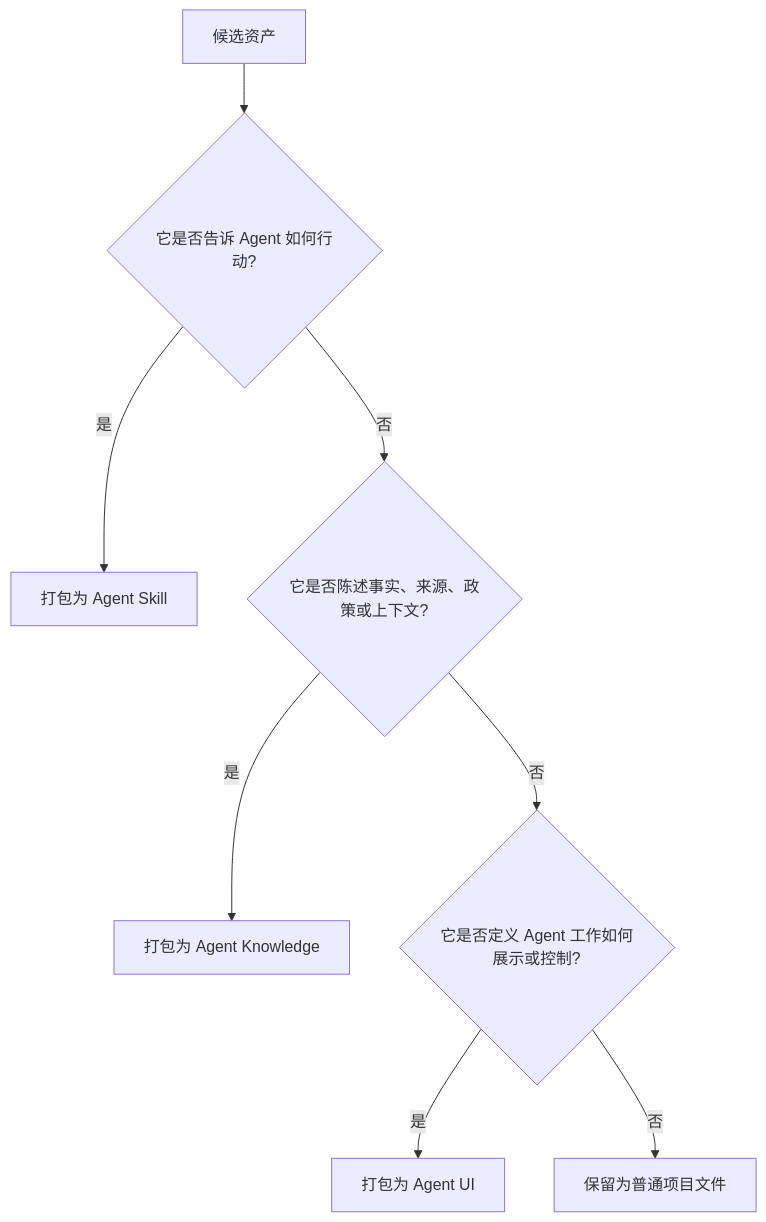
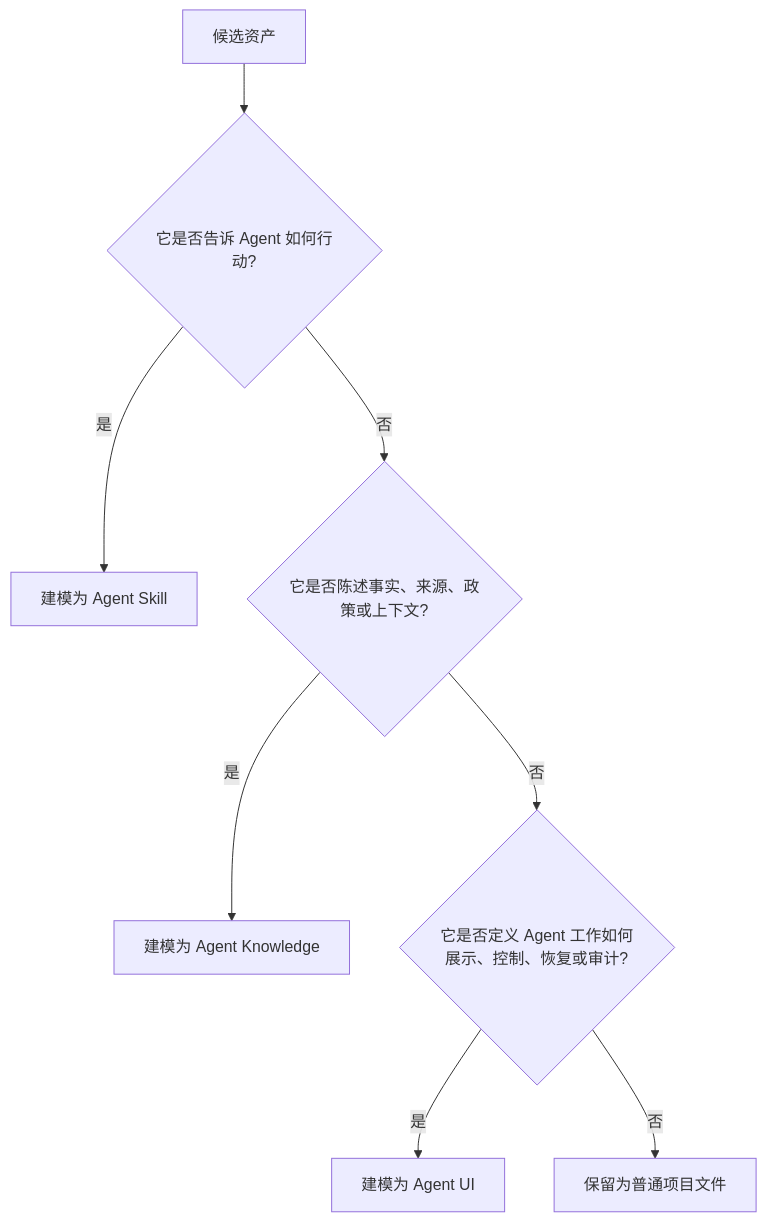
One commit to limecloud/agentui changed the diagram in docs/zh/agent-ui-vs-skills-knowledge.md. Above: the diagram before and after it, drawn with Mermaid. The commit also changed other lines of this file and 72 other files, not shown here.

````diff
--- a/docs/zh/agent-ui-vs-skills-knowledge.md
+++ b/docs/zh/agent-ui-vs-skills-knowledge.md
@@ -18,10 +18,10 @@
 ```mermaid
 flowchart TD
   Asset[候选资产] --> ActionQ{它是否告诉 Agent 如何行动?}
-  ActionQ -->|是| Skill[打包为 Agent Skill]
+  ActionQ -->|是| Skill[建模为 Agent Skill]
   ActionQ -->|否| FactQ{它是否陈述事实、来源、政策或上下文?}
-  FactQ -->|是| Knowledge[打包为 Agent Knowledge]
-  FactQ -->|否| UIQ{它是否定义 Agent 工作如何展示或控制?}
-  UIQ -->|是| UI[打包为 Agent UI]
+  FactQ -->|是| Knowledge[建模为 Agent Knowledge]
+  FactQ -->|否| UIQ{它是否定义 Agent 工作如何展示、控制、恢复或审计?}
+  UIQ -->|是| UI[建模为 Agent UI]
   UIQ -->|否| Ordinary[保留为普通项目文件]
 ```
````
